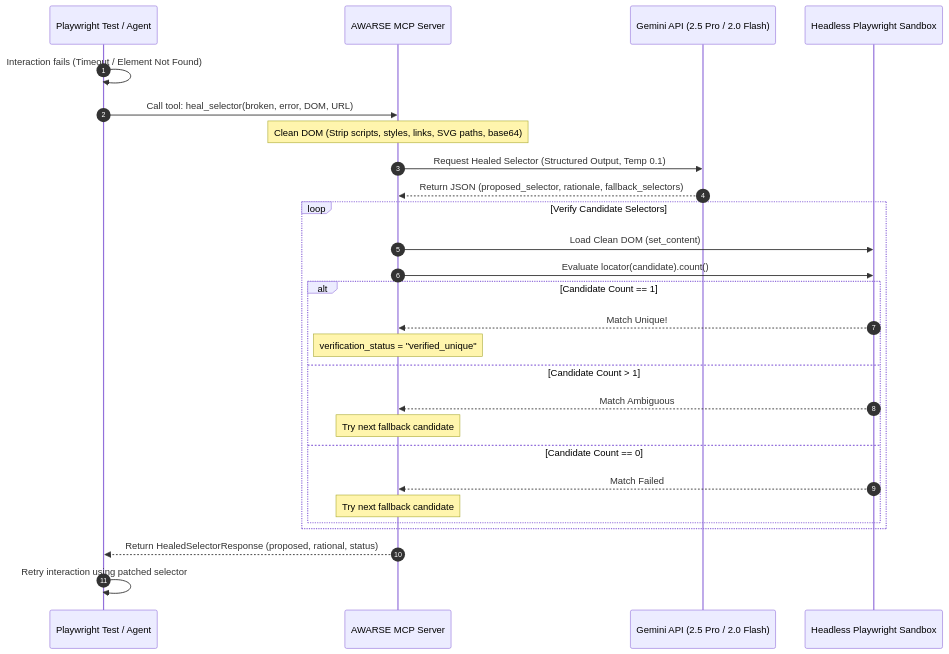
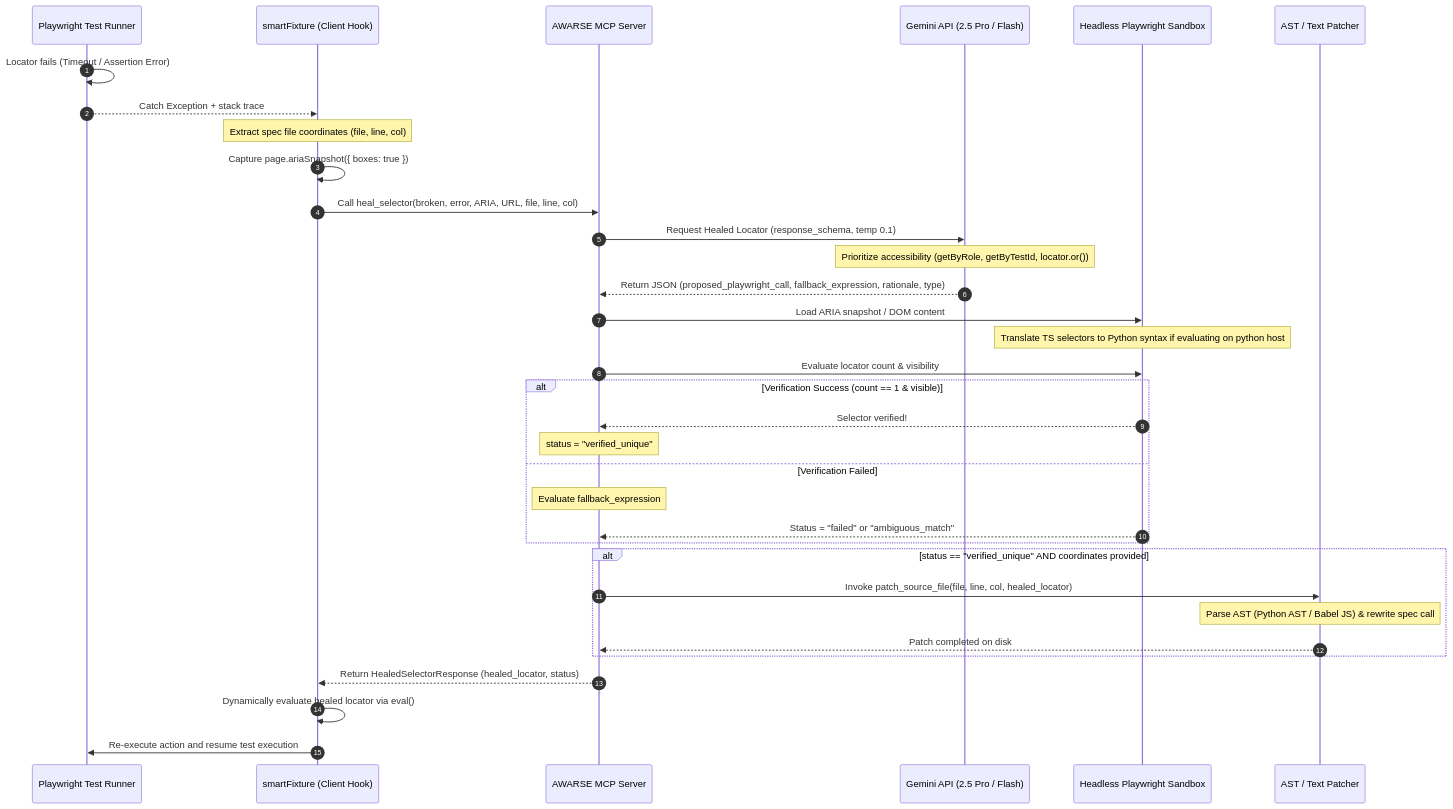
One commit to awarselabs/awarse-mcp changed the diagram in README.md. Above: the diagram before and after it, drawn with Mermaid. The commit also changed other lines of this file and 13 other files, not shown here.

Commit message:
Implement Playwright ARIA snapshots, getByRole locator strategy, sandbox locator evaluation, and AST spec file patching

````diff
--- a/README.md
+++ b/README.md
@@ -9,32 +9,41 @@
 ```mermaid
 sequenceDiagram
     autonumber
-    participant Client as Playwright Test / Agent
-    participant MCP as AWARSE MCP Server
-    participant Gemini as Gemini API (2.5 Pro / 2.0 Flash)
+    participant Runner as Playwright Test Runner
+    participant Fixture as smartFixture (Client Hook)
+    participant Server as AWARSE MCP Server
+    participant Gemini as Gemini API (2.5 Pro / Flash)
     participant Sandbox as Headless Playwright Sandbox
+    participant Patcher as AST / Text Patcher
 
-    Client->>Client: Interaction fails (Timeout / Element Not Found)
-    Client->>MCP: Call tool: heal_selector(broken, error, DOM, URL)
-    Note over MCP: Clean DOM (Strip scripts, styles, links, SVG paths, base64)
-    MCP->>Gemini: Request Healed Selector (Structured Output, Temp 0.1)
-    Gemini-->>MCP: Return JSON (proposed_selector, rationale, fallback_selectors)
+    Runner->>Runner: Locator fails (Timeout / Assertion Error)
+    Runner-->>Fixture: Catch Exception + stack trace
+    Note over Fixture: Extract spec file coordinates (file, line, col)
+    Fixture->>Fixture: Capture page.ariaSnapshot({ boxes: true })
+    Fixture->>Server: Call heal_selector(broken, error, ARIA, URL, file, line, col)
     
-    loop Verify Candidate Selectors
-        MCP->>Sandbox: Load Clean DOM (set_content)
-        MCP->>Sandbox: Evaluate locator(candidate).count()
-        alt Candidate Count == 1
-            Sandbox-->>MCP: Match Unique!
-            Note over MCP: verification_status = "verified_unique"
-        else Candidate Count > 1
-            Sandbox-->>MCP: Match Ambiguous
-            Note over MCP: Try next fallback candidate
-        else Candidate Count == 0
-            Sandbox-->>MCP: Match Failed
-            Note over MCP: Try next fallback candidate
-        end
+    Server->>Gemini: Request Healed Locator (response_schema, temp 0.1)
+    Note over Gemini: Prioritize accessibility (getByRole, getByTestId, locator.or())
+    Gemini-->>Server: Return JSON (proposed_playwright_call, fallback_expression, rationale, type)
+    
+    Server->>Sandbox: Load ARIA snapshot / DOM content
+    Note over Sandbox: Translate TS selectors to Python syntax if evaluating on python host
+    Server->>Sandbox: Evaluate locator count & visibility
+    alt Verification Success (count == 1 & visible)
+        Sandbox-->>Server: Selector verified!
+        Note over Server: status = "verified_unique"
+    else Verification Failed
+        Note over Server: Evaluate fallback_expression
+        Sandbox-->>Server: Status = "failed" or "ambiguous_match"
     end
 
-    MCP-->>Client: Return HealedSelectorResponse (proposed, rational, status)
-    Client->>Client: Retry interaction using patched selector
+    alt status == "verified_unique" AND coordinates provided
+        Server->>Patcher: Invoke patch_source_file(file, line, col, healed_locator)
+        Note over Patcher: Parse AST (Python AST / Babel JS) & rewrite spec call
+        Patcher-->>Server: Patch completed on disk
+    end
+
+    Server-->>Fixture: Return HealedSelectorResponse (healed_locator, status)
+    Fixture->>Fixture: Dynamically evaluate healed locator via eval()
+    Fixture->>Runner: Re-execute action and resume test execution
 ```
````
